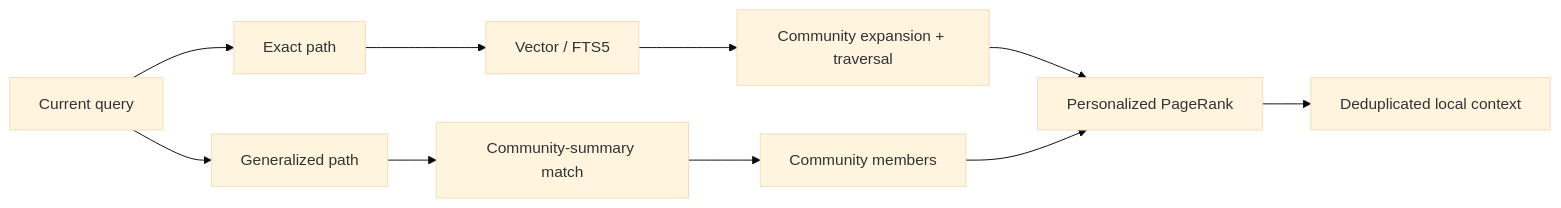
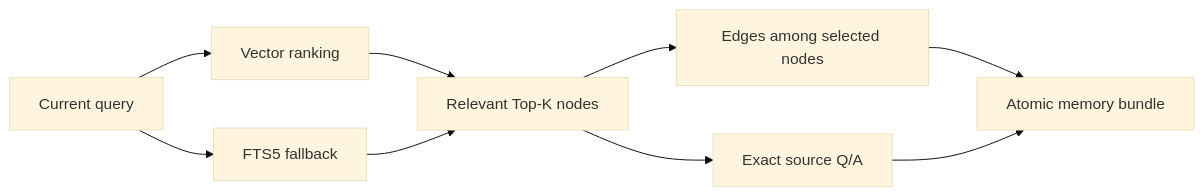
Before and after one commit to TriDefender/graph-memory: the first of 3 diagrams in README.md, drawn with Mermaid (base theme). The commit also changed other lines of this file and 77 other files, not shown here.

Commit message:
feat(dsh): own context history with source-backed recall

````diff
--- a/README.md
+++ b/README.md
@@ -136,12 +158,11 @@
 ```mermaid
 flowchart LR
-  Q[Current query] --> EXACT[Exact path]
-  Q --> GENERAL[Generalized path]
-  EXACT --> SEARCH[Vector / FTS5]
-  SEARCH --> EXPAND[Community expansion + traversal]
-  GENERAL --> SUMMARY[Community-summary match]
-  SUMMARY --> MEMBERS[Community members]
-  EXPAND --> PPR[Personalized PageRank]
-  MEMBERS --> PPR
-  PPR --> CONTEXT[Deduplicated local context]
+  Q[Current query] --> VECTOR[Vector ranking]
+  Q --> FTS[FTS5 fallback]
+  VECTOR --> TOPK[Relevant Top-K nodes]
+  FTS --> TOPK
+  TOPK --> EDGES[Edges among selected nodes]
+  TOPK --> SOURCE[Exact source Q/A]
+  EDGES --> CONTEXT[Atomic memory bundle]
+  SOURCE --> CONTEXT
 ```
````
